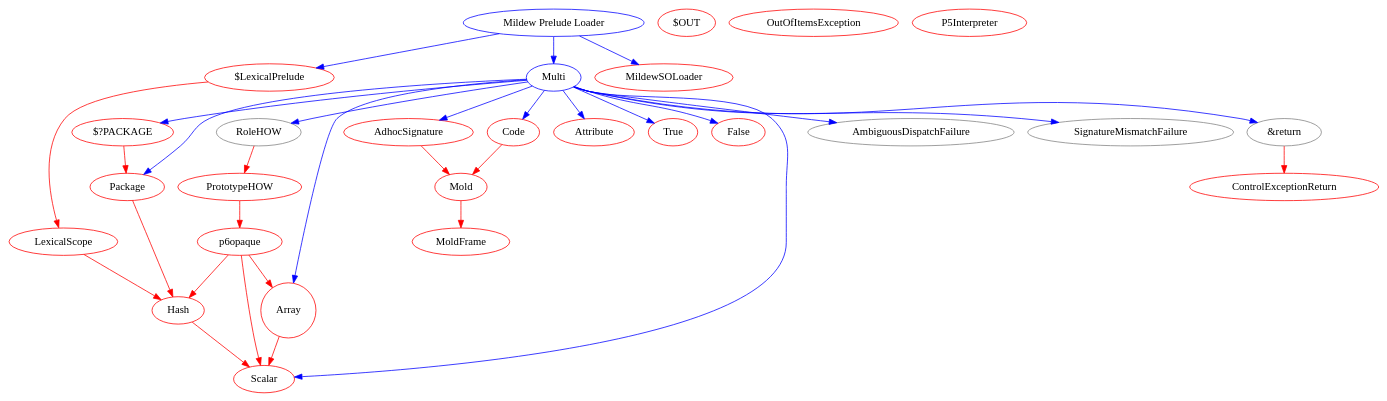
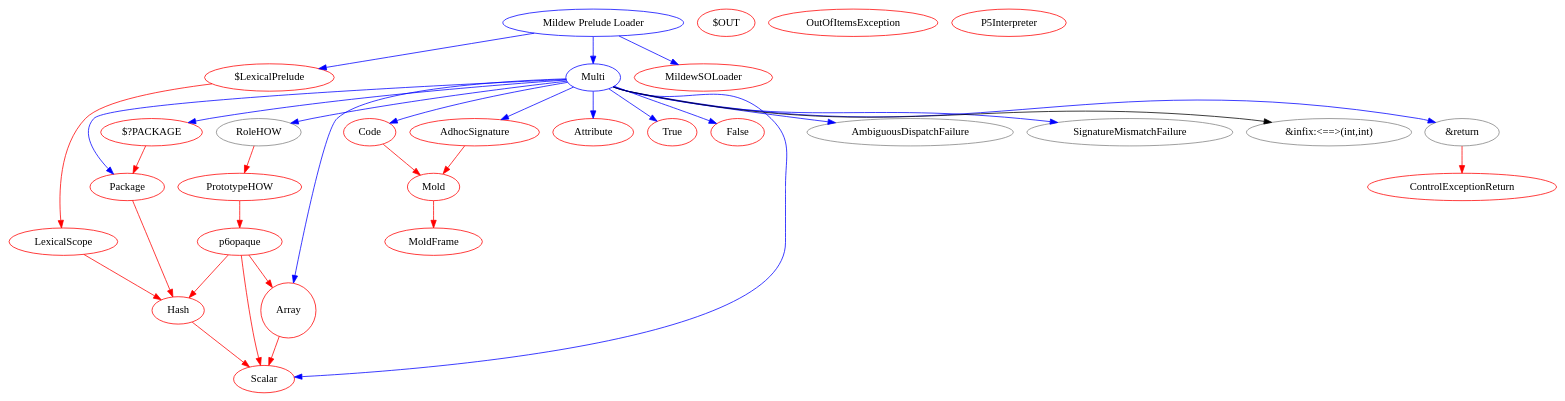
One commit to Raku/mu changed the diagram in v6/mildew/bootstrap.dot. Above: the diagram before and after it, drawn with Graphviz. The commit also changed 2 other files, not shown here.

```diff
--- a/v6/mildew/bootstrap.dot
+++ b/v6/mildew/bootstrap.dot
@@ -1,112 +1,114 @@
 digraph "SMOP and Mildew Typesystem Bootstrap"
 {
 
  /*
   * This are the types defined in the SMOP initialization.
   *
   * gray nodes mean nodes that are going to be defined in C.
   * Red nodes mean nodes defined in C or C+m0ld.
   * Red links mean C symbol lookup, instead of lexical lookup.
   */
 
  s1p_hash [color=red, label=Hash]; s1p_array [shape=circle,
  color=red, label=Array]; s1p_io [color=red,
  label="$OUT"]; mold [color=red, label=Mold];
  mold_frame[color=red, label=MoldFrame];
 
  mold -> mold_frame [color=red];
 
  s1p_code [color=red, label=Code];
  s1p_package [color=red, label=Package];
  outer_package [color=red, label="$?PACKAGE"];
 
  outer_package -> s1p_package [color=red];
  s1p_package -> s1p_hash [color=red];
  s1p_code -> mold [color=red];
  
  s1p_adhoc_signature [color=red, label="AdhocSignature"];
 
  s1p_adhoc_signature -> mold [color=red];
 
  s1p_scalar [color=red, label="Scalar"];
 
  s1p_hash -> s1p_scalar [color=red];
  s1p_array -> s1p_scalar [color=red];
 
  s1p_attribute [color=red, label=Attribute];
 
  p6opaque [color=red]
 
  p6opaque -> s1p_hash [color=red];
  p6opaque -> s1p_scalar [color=red];
  p6opaque -> s1p_array [color=red];
 
  s1p_prototypehow [color=red, label=PrototypeHOW];
 
  s1p_prototypehow -> p6opaque [color=red]
 
  controlexceptionreturn [color=red, label=ControlExceptionReturn];
 
  outofitemsexception [color=red, label=OutOfItemsException];
 
  p5interpreter [color=red, label=P5Interpreter];
 
  s1p_lexicalscope [color=red, label=LexicalScope];
 
  s1p_lexicalscope -> s1p_hash [color=red];
 
  lexical_prelude_var [color=red, label="$LexicalPrelude"];
 
  lexical_prelude_var -> s1p_lexicalscope [color=red];
 
  mildewsoloader [color=red, label="MildewSOLoader"];
 
  native_bool_true [color=red, label="True"];
  native_bool_false [color=red, label="False"];
 
  s1p_rolehow [color=gray, label="RoleHOW"];
  s1p_rolehow -> s1p_prototypehow [color=red];
 
  s1p_return [color=gray, label="&return"];
  s1p_return -> controlexceptionreturn [color=red];
 
  ambiguousdispatchfailure [color=gray, label="AmbiguousDispatchFailure"];
  signaturemismatchfailure [color=gray, label="SignatureMismatchFailure"];
+ infixeqeqintint [color=gray, label="&infix:<==>(int,int)"];
 
  /*
   * now we start defining types in a higher level
   *
   * nodes written in regular Perl 6 are in blue
   * nodes simplified for bootstrapping are in black
   *
   * Links in red are C symbol lookup,
   * in black are simplified lookup (multi variants by long name, for instance)
   * in blue are regular lookups
   *
   */
 
 
   // Multi should be reinitted some times...
   Multi_s0 [color=blue, label="Multi"];
   Multi_s0 -> s1p_rolehow [color=blue];
   Multi_s0 -> s1p_package [color=blue];
   Multi_s0 -> outer_package [color=blue];
   Multi_s0 -> s1p_adhoc_signature [color=blue];
   Multi_s0 -> s1p_attribute [color=blue];
   Multi_s0 -> s1p_array [color=blue];
   Multi_s0 -> s1p_scalar [color=blue];
   Multi_s0 -> s1p_code [color=blue];
   Multi_s0 -> s1p_return [color=blue];
   Multi_s0 -> ambiguousdispatchfailure [color=blue];
   Multi_s0 -> signaturemismatchfailure [color=blue];
   Multi_s0 -> native_bool_false [color=blue];
   Multi_s0 -> native_bool_true [color=blue];
+  Multi_s0 -> infixeqeqintint [color=black];
 
   Prelude [color=blue, label="Mildew Prelude Loader"];
   Prelude -> mildewsoloader [color=blue];
   Prelude -> Multi_s0 [color=blue];
   Prelude -> lexical_prelude_var [color=blue];
 
 
 
 }
```
